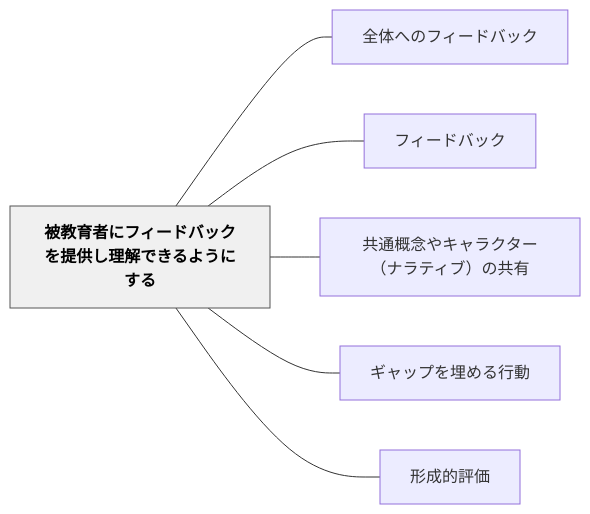
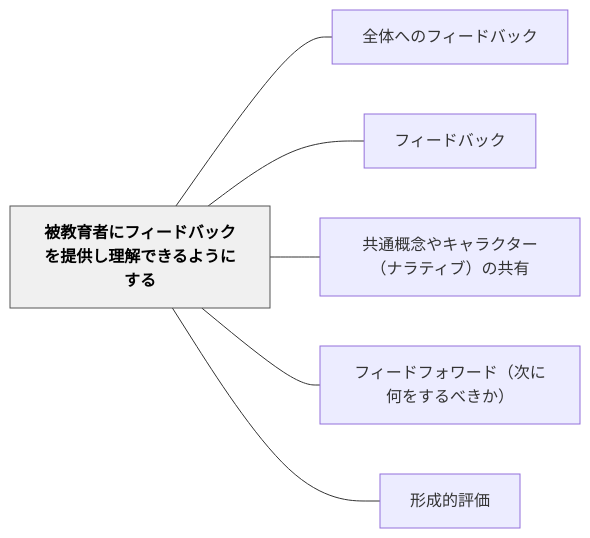
The diagram in content/パタン/被教育者にフィードバックを提供し理解できるようにする.md (unknownthings-ed-patterns/unknownthings-ed-patterns), drawn with Mermaid before and after one commit. The commit also changed other lines of this file and 6 other files, not shown here.

````diff
--- a/content/パタン/被教育者にフィードバックを提供し理解できるようにする.md
+++ b/content/パタン/被教育者にフィードバックを提供し理解できるようにする.md
@@ -53,18 +53,18 @@
 ```mermaid
 flowchart LR
     ne8a2abe69599e882b2e88085e381abe38395e382a3e383bce38389e38390e38383e382afe38292e68f90e4be9be38197e79086e8a7a3e381a7e3818de3828be38288e38186e381abe38199e3828b["被教育者にフィードバックを提供し理解できるようにする"]
     ne585a8e4bd93e381b8e381aee38395e382a3e383bce38389e38390e38383e382af["全体へのフィードバック"]
     ne38395e382a3e383bce38389e38390e38383e382af["フィードバック"]
     ne585b1e9809ae6a682e5bfb5e38284e382ade383a3e383a9e382afe382bfe383bcefbc88e3838ae383a9e38386e382a3e38396efbc89e381aee585b1e69c89["共通概念やキャラクター（ナラティブ）の共有"]
-    ne382aee383a3e38383e38397e38292e59f8be38281e3828be8a18ce58b95["ギャップを埋める行動"]
+    ne38395e382a3e383bce38389e38395e382a9e383afe383bce38389efbc88e6aca1e381abe4bd95e38292e38199e3828be381b9e3818de3818befbc89["フィードフォワード（次に何をするべきか）"]
     ne5bda2e68890e79a84e8a995e4bea1["形成的評価"]
 
     ne8a2abe69599e882b2e88085e381abe38395e382a3e383bce38389e38390e38383e382afe38292e68f90e4be9be38197e79086e8a7a3e381a7e3818de3828be38288e38186e381abe38199e3828b --- ne585a8e4bd93e381b8e381aee38395e382a3e383bce38389e38390e38383e382af
     ne8a2abe69599e882b2e88085e381abe38395e382a3e383bce38389e38390e38383e382afe38292e68f90e4be9be38197e79086e8a7a3e381a7e3818de3828be38288e38186e381abe38199e3828b --- ne38395e382a3e383bce38389e38390e38383e382af
     ne8a2abe69599e882b2e88085e381abe38395e382a3e383bce38389e38390e38383e382afe38292e68f90e4be9be38197e79086e8a7a3e381a7e3818de3828be38288e38186e381abe38199e3828b --- ne585b1e9809ae6a682e5bfb5e38284e382ade383a3e383a9e382afe382bfe383bcefbc88e3838ae383a9e38386e382a3e38396efbc89e381aee585b1e69c89
-    ne8a2abe69599e882b2e88085e381abe38395e382a3e383bce38389e38390e38383e382afe38292e68f90e4be9be38197e79086e8a7a3e381a7e3818de3828be38288e38186e381abe38199e3828b --- ne382aee383a3e38383e38397e38292e59f8be38281e3828be8a18ce58b95
+    ne8a2abe69599e882b2e88085e381abe38395e382a3e383bce38389e38390e38383e382afe38292e68f90e4be9be38197e79086e8a7a3e381a7e3818de3828be38288e38186e381abe38199e3828b --- ne38395e382a3e383bce38389e38395e382a9e383afe383bce38389efbc88e6aca1e381abe4bd95e38292e38199e3828be381b9e3818de3818befbc89
     ne8a2abe69599e882b2e88085e381abe38395e382a3e383bce38389e38390e38383e382afe38292e68f90e4be9be38197e79086e8a7a3e381a7e3818de3828be38288e38186e381abe38199e3828b --- ne5bda2e68890e79a84e8a995e4bea1
 
     classDef hub fill:#f0f0f0,stroke:#555,color:#000,font-weight:bold
     class ne8a2abe69599e882b2e88085e381abe38395e382a3e383bce38389e38390e38383e382afe38292e68f90e4be9be38197e79086e8a7a3e381a7e3818de3828be38288e38186e381abe38199e3828b hub
 ```
````
